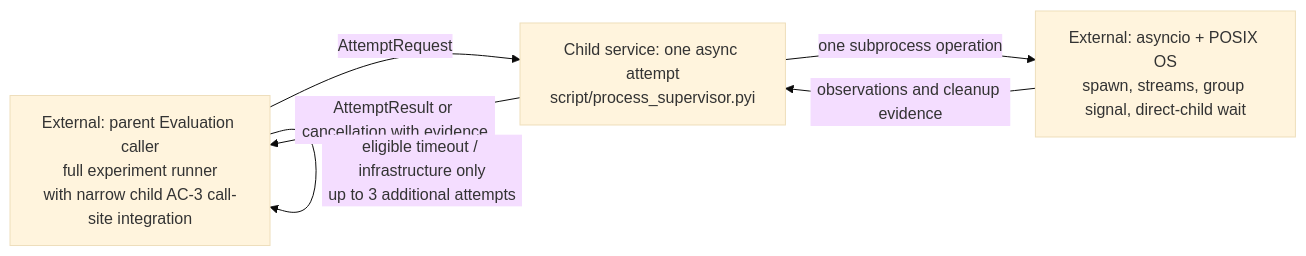
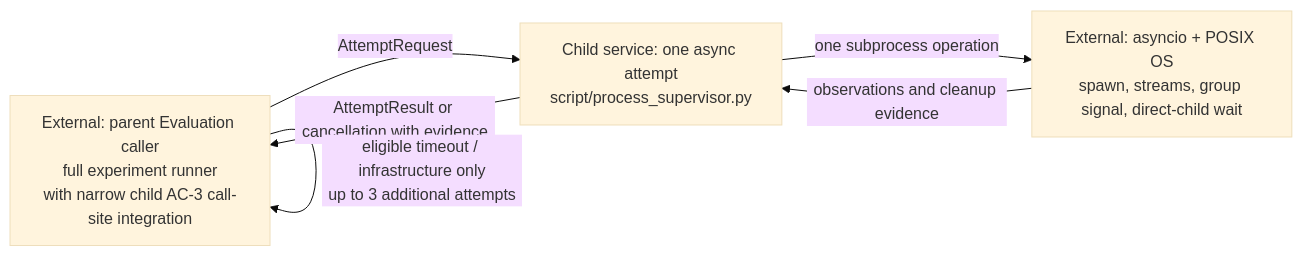
One commit to msitarz/ataraxia changed the diagram in doc/feat/reviewer/engineering/evaluation/process-supervisor/architecture.md. Above: the diagram before and after it, drawn with Mermaid (base theme). The commit also changed other lines of this file and 4 other files, not shown here.

First line of the commit message:
feat: wire process supervisor skeleton

````diff
--- a/doc/feat/reviewer/engineering/evaluation/process-supervisor/architecture.md
+++ b/doc/feat/reviewer/engineering/evaluation/process-supervisor/architecture.md
@@ -136,11 +181,11 @@
 ```mermaid
 flowchart LR
     Caller[External: parent Evaluation caller\nfull experiment runner\nwith narrow child AC-3 call-site integration]
-    Boundary[Child service: one async attempt\nscript/process_supervisor.pyi]
+    Boundary[Child service: one async attempt\nscript/process_supervisor.py]
     OS[External: asyncio + POSIX OS\nspawn, streams, group signal, direct-child wait]
     Caller -->|AttemptRequest| Boundary
     Boundary -->|one subprocess operation| OS
     OS -->|observations and cleanup evidence| Boundary
     Boundary -->|AttemptResult or cancellation with evidence| Caller
     Caller -->|eligible timeout / infrastructure only\nup to 3 additional attempts| Caller
 ```
````
